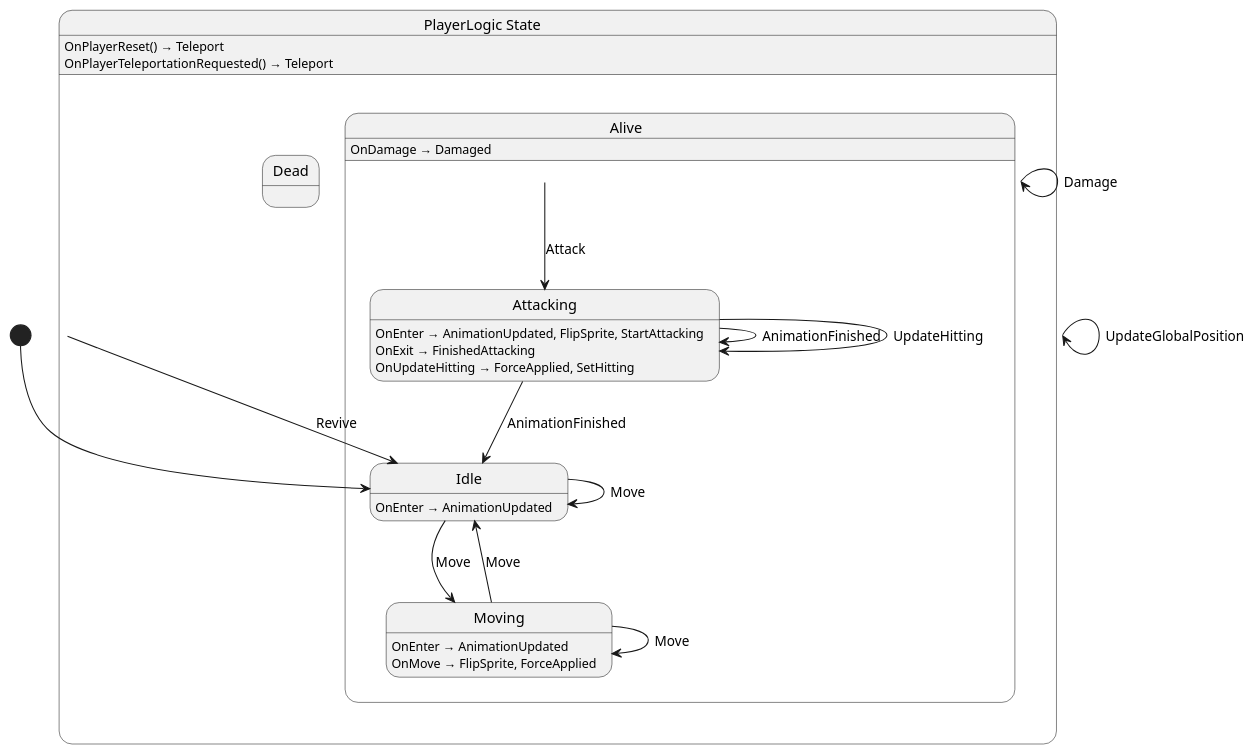
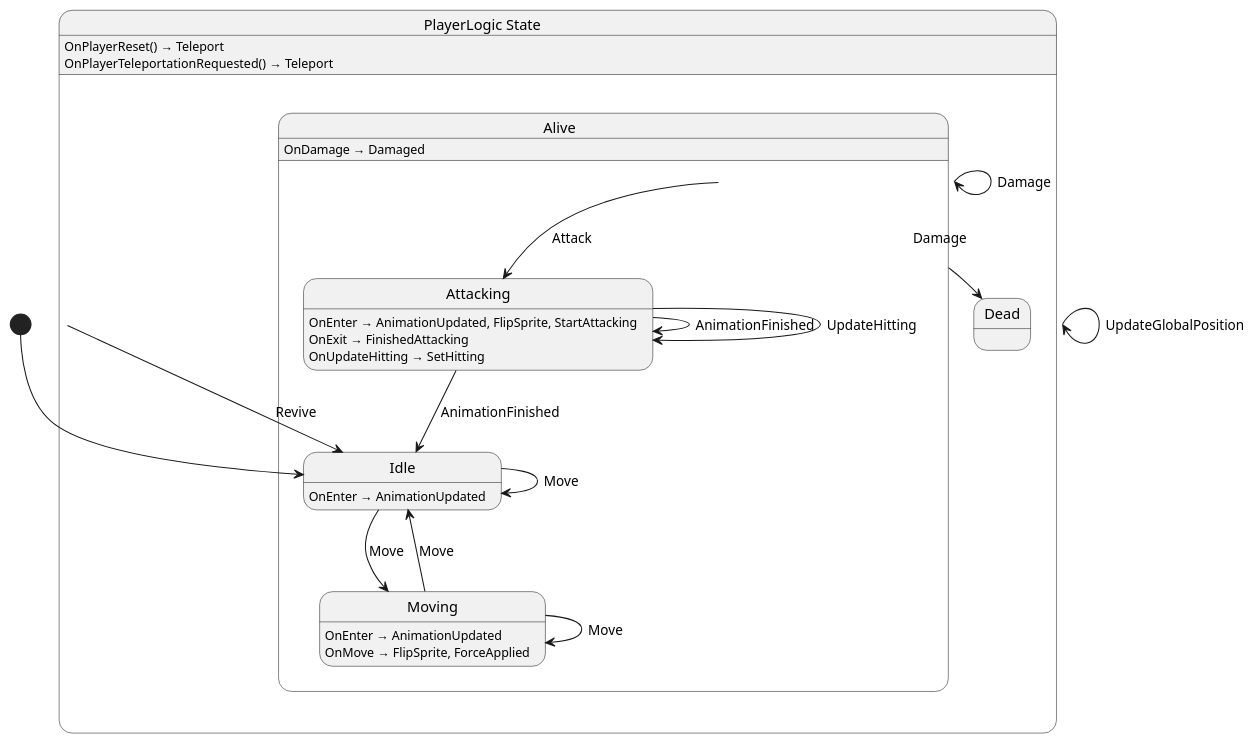
The diagram in src/player/state/PlayerLogic.g.puml (nilsiker/godot-wild-jam-77), drawn with PlantUML before and after one commit. The commit also changed 12 other files, not shown here.

```diff
--- a/src/player/state/PlayerLogic.g.puml
+++ b/src/player/state/PlayerLogic.g.puml
@@ -1,34 +1,35 @@
 @startuml PlayerLogic
 state "PlayerLogic State" as Nevergreen_PlayerLogic_State {
   state "Alive" as Nevergreen_PlayerLogic_State_Alive {
     state "Attacking" as Nevergreen_PlayerLogic_State_Alive_Attacking
     state "Idle" as Nevergreen_PlayerLogic_State_Alive_Idle
     state "Moving" as Nevergreen_PlayerLogic_State_Alive_Moving
   }
   state "Dead" as Nevergreen_PlayerLogic_State_Dead
 }
 
 Nevergreen_PlayerLogic_State --> Nevergreen_PlayerLogic_State : UpdateGlobalPosition
 Nevergreen_PlayerLogic_State --> Nevergreen_PlayerLogic_State_Alive_Idle : Revive
 Nevergreen_PlayerLogic_State_Alive --> Nevergreen_PlayerLogic_State_Alive : Damage
 Nevergreen_PlayerLogic_State_Alive --> Nevergreen_PlayerLogic_State_Alive_Attacking : Attack
+Nevergreen_PlayerLogic_State_Alive --> Nevergreen_PlayerLogic_State_Dead : Damage
 Nevergreen_PlayerLogic_State_Alive_Attacking --> Nevergreen_PlayerLogic_State_Alive_Attacking : AnimationFinished
 Nevergreen_PlayerLogic_State_Alive_Attacking --> Nevergreen_PlayerLogic_State_Alive_Attacking : UpdateHitting
 Nevergreen_PlayerLogic_State_Alive_Attacking --> Nevergreen_PlayerLogic_State_Alive_Idle : AnimationFinished
 Nevergreen_PlayerLogic_State_Alive_Idle --> Nevergreen_PlayerLogic_State_Alive_Idle : Move
 Nevergreen_PlayerLogic_State_Alive_Idle --> Nevergreen_PlayerLogic_State_Alive_Moving : Move
 Nevergreen_PlayerLogic_State_Alive_Moving --> Nevergreen_PlayerLogic_State_Alive_Idle : Move
 Nevergreen_PlayerLogic_State_Alive_Moving --> Nevergreen_PlayerLogic_State_Alive_Moving : Move
 
 Nevergreen_PlayerLogic_State : OnPlayerReset() → Teleport
 Nevergreen_PlayerLogic_State : OnPlayerTeleportationRequested() → Teleport
 Nevergreen_PlayerLogic_State_Alive : OnDamage → Damaged
 Nevergreen_PlayerLogic_State_Alive_Attacking : OnEnter → AnimationUpdated, FlipSprite, StartAttacking
 Nevergreen_PlayerLogic_State_Alive_Attacking : OnExit → FinishedAttacking
-Nevergreen_PlayerLogic_State_Alive_Attacking : OnUpdateHitting → ForceApplied, SetHitting
+Nevergreen_PlayerLogic_State_Alive_Attacking : OnUpdateHitting → SetHitting
 Nevergreen_PlayerLogic_State_Alive_Idle : OnEnter → AnimationUpdated
 Nevergreen_PlayerLogic_State_Alive_Moving : OnEnter → AnimationUpdated
 Nevergreen_PlayerLogic_State_Alive_Moving : OnMove → FlipSprite, ForceApplied
 
 [*] --> Nevergreen_PlayerLogic_State_Alive_Idle
 @enduml
```
